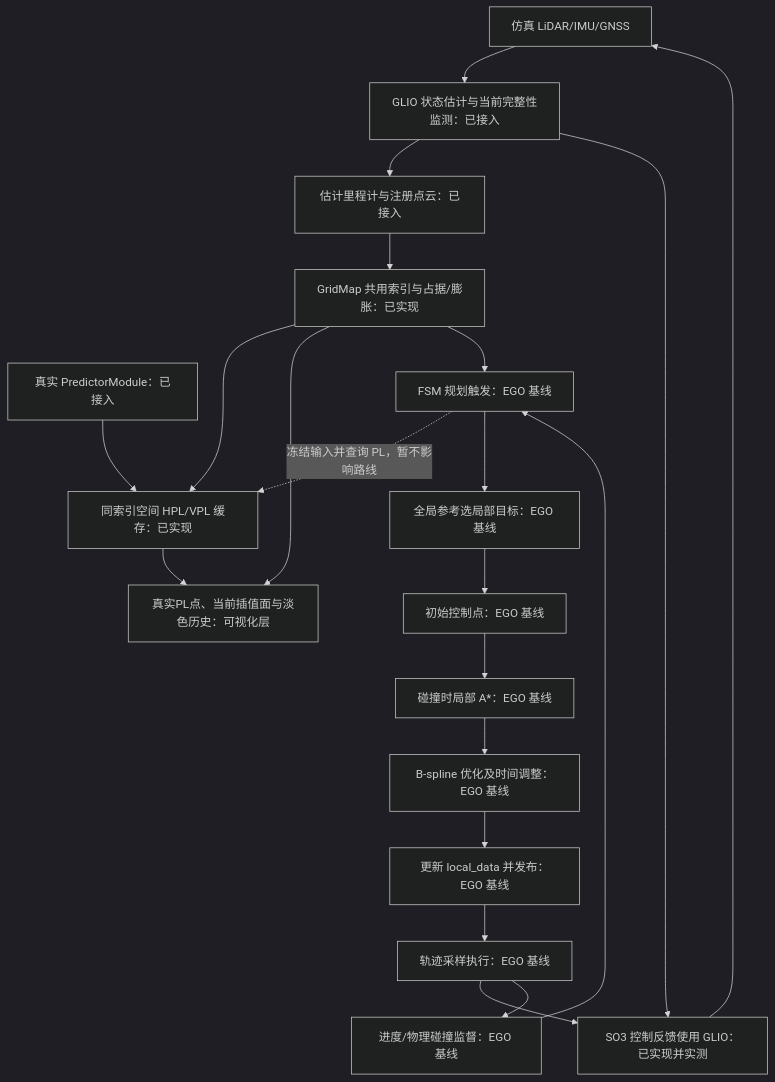
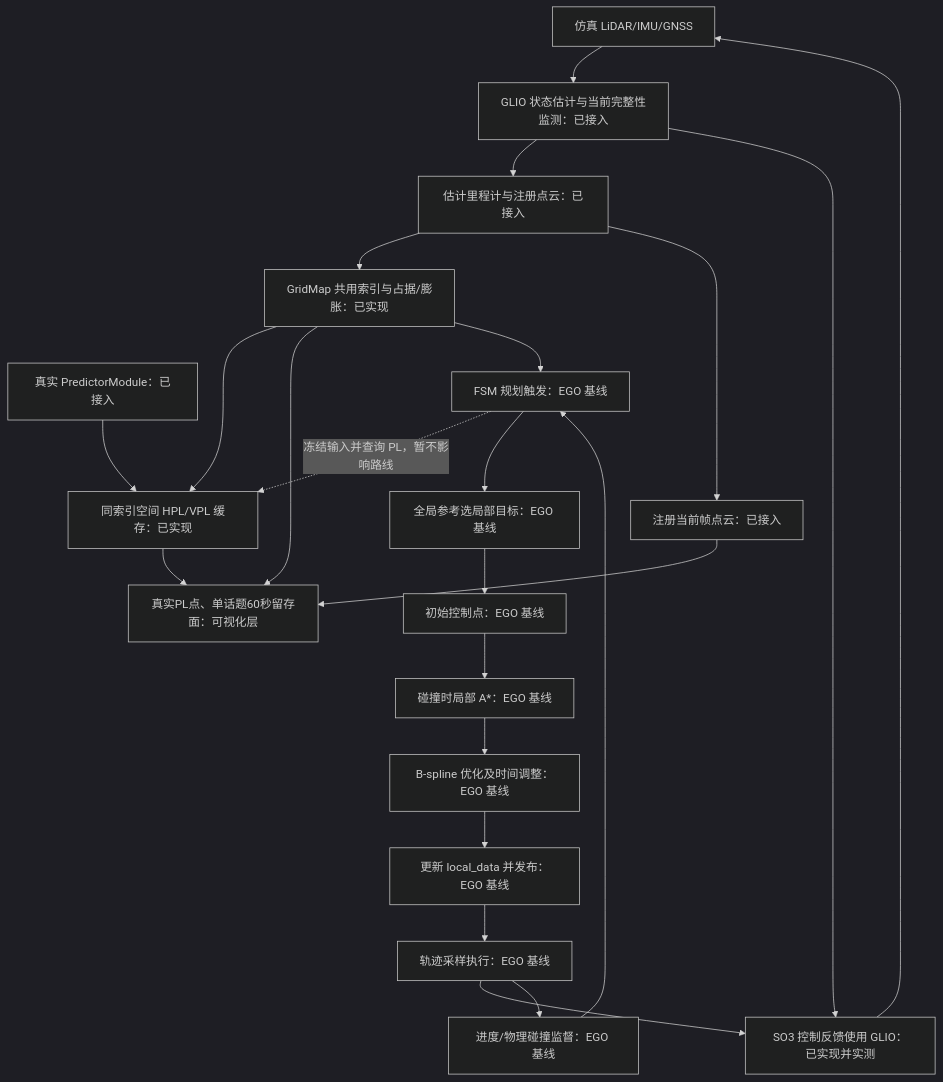
One commit to Printeger/iap changed the second of 3 diagrams in docs/spec/ego_based_planning_flow.md. Above: the diagram before and after it, drawn with Mermaid (dark theme). The commit also changed other lines of this file and 7 other files, not shown here.

Commit message:
feat(viz): retain PL surfaces on one topic and show current LiDAR frame

````diff
--- a/docs/spec/ego_based_planning_flow.md
+++ b/docs/spec/ego_based_planning_flow.md
@@ -59,23 +59,25 @@
 ```mermaid
 flowchart TD
     Sensors[仿真 LiDAR/IMU/GNSS] --> GLIO[GLIO 状态估计与当前完整性监测：已接入]
     GLIO --> Inputs[估计里程计与注册点云：已接入]
     GLIO --> Control[SO3 控制反馈使用 GLIO：已实现并实测]
     Inputs --> Map[GridMap 共用索引与占据/膨胀：已实现]
     Predictor[真实 PredictorModule：已接入] --> Risk[同索引空间 HPL/VPL 缓存：已实现]
     Map --> Risk
-    Risk --> Viz[真实PL点、当前插值面与淡色历史：可视化层]
+    Risk --> Viz[真实PL点、单话题60秒留存面：可视化层]
     Map --> Viz
+    Inputs --> CurrentFrame[注册当前帧点云：已接入]
+    CurrentFrame --> Viz
     FSM -.->|冻结输入并查询 PL，暂不影响路线| Risk
     Map --> FSM[FSM 规划触发：EGO 基线]
     FSM --> Target[全局参考选局部目标：EGO 基线]
     Target --> Init[初始控制点：EGO 基线]
     Init --> Search[碰撞时局部 A*：EGO 基线]
     Search --> Opt[B-spline 优化及时间调整：EGO 基线]
     Opt --> Commit[更新 local_data 并发布：EGO 基线]
     Commit --> Execute[轨迹采样执行：EGO 基线]
     Execute --> Control
     Control --> Sensors
     Execute --> Check[进度/物理碰撞监督：EGO 基线]
     Check --> FSM
 ```
````
